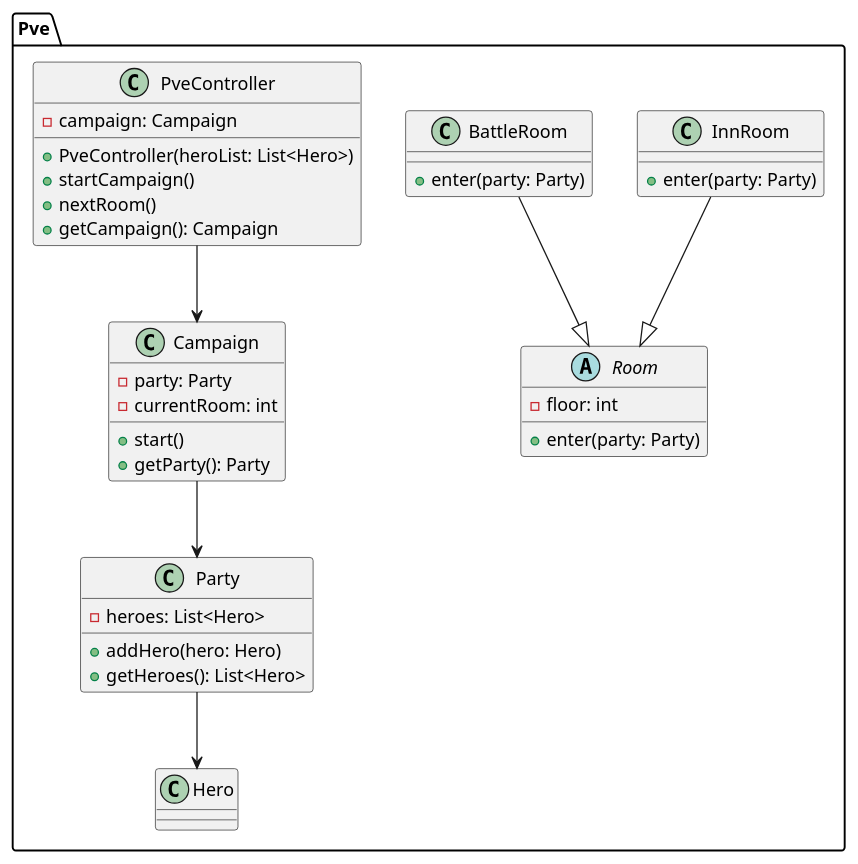
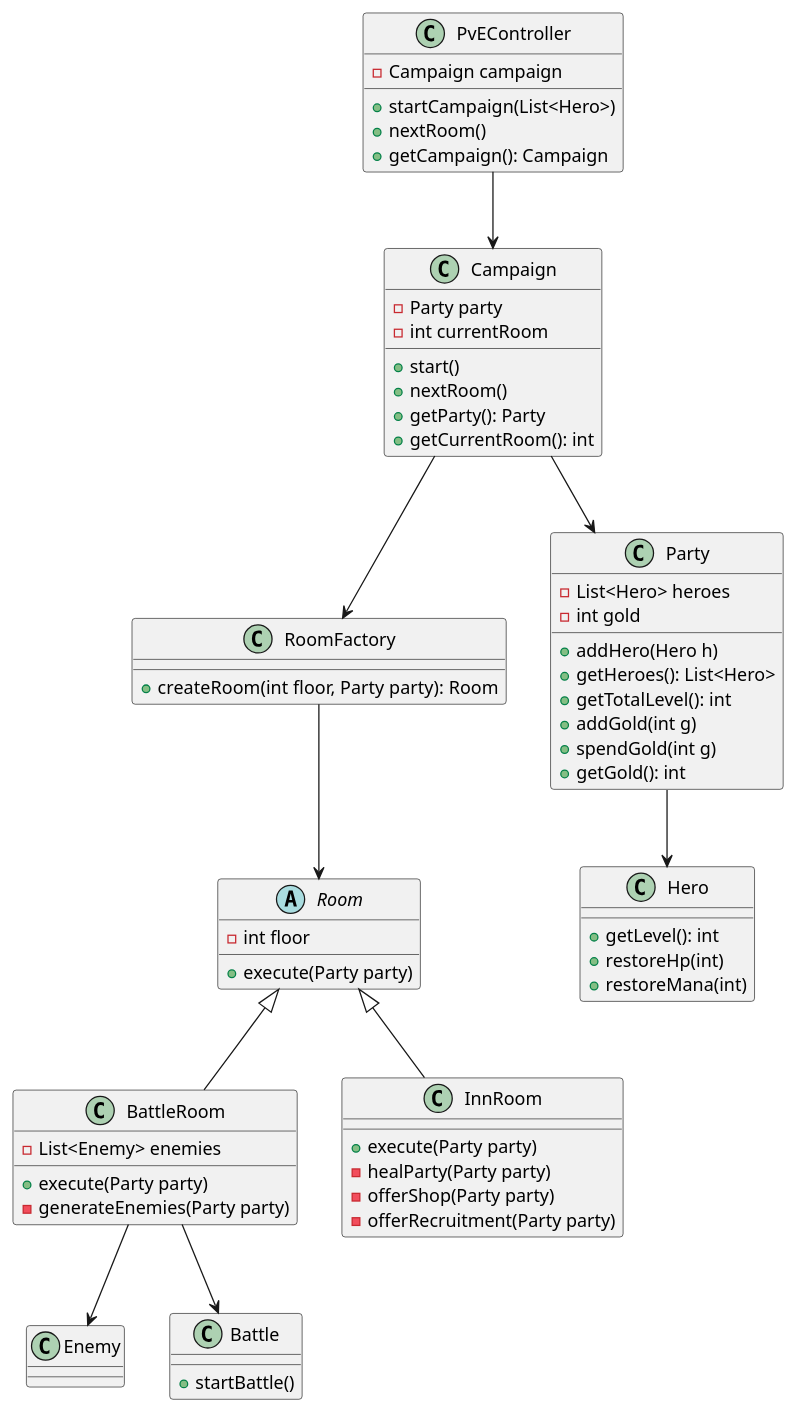
One commit to The-RealMojo/Legends-Of-Swords changed the diagram in src/Pve/Pve Uml.puml. Above: the diagram before and after it, drawn with PlantUML. The commit also changed 7 other files, not shown here.

Commit message:
final code with diagram

```diff
--- a/src/Pve/Pve Uml.puml
+++ b/src/Pve/Pve Uml.puml
@@ -1,47 +1,87 @@
 @startuml
-' PvE Classes - Deliverable 1
-package Pve {
 
-    class Party {
-        -heroes: List<Hero>
-        +addHero(hero: Hero)
-        +getHeroes(): List<Hero>
-    }
-
-    abstract class Room {
-        -floor: int
-        +enter(party: Party)
-    }
-
-    class InnRoom {
-        +enter(party: Party)
-    }
-
-    class BattleRoom {
-        +enter(party: Party)
-    }
-
-    class Campaign {
-        -party: Party
-        -currentRoom: int
-        +start()
-        +getParty(): Party
-    }
-
-    class PveController {
-        -campaign: Campaign
-        +PveController(heroList: List<Hero>)
-        +startCampaign()
-        +nextRoom()
-        +getCampaign(): Campaign
-    }
-
-    ' Relationships
-    Party --> Hero
-    InnRoom --|> Room
-    BattleRoom --|> Room
-    PveController --> Campaign
-    Campaign --> Party
+' =========================
+' PvE Controller Layer
+' =========================
+class PvEController {
+    - Campaign campaign
+    + startCampaign(List<Hero>)
+    + nextRoom()
+    + getCampaign(): Campaign
 }
 
+' =========================
+' Campaign Layer
+' =========================
+class Campaign {
+    - Party party
+    - int currentRoom
+    + start()
+    + nextRoom()
+    + getParty(): Party
+    + getCurrentRoom(): int
+}
+
+' =========================
+' Factory Pattern
+' =========================
+class RoomFactory {
+    + createRoom(int floor, Party party): Room
+}
+
+
+abstract class Room {
+    - int floor
+    + execute(Party party)
+}
+
+class BattleRoom {
+    - List<Enemy> enemies
+    + execute(Party party)
+    - generateEnemies(Party party)
+}
+
+class InnRoom {
+    + execute(Party party)
+    - healParty(Party party)
+    - offerShop(Party party)
+    - offerRecruitment(Party party)
+}
+
+Room <|-- BattleRoom
+Room <|-- InnRoom
+
+class Party {
+    - List<Hero> heroes
+    - int gold
+    + addHero(Hero h)
+    + getHeroes(): List<Hero>
+    + getTotalLevel(): int
+    + addGold(int g)
+    + spendGold(int g)
+    + getGold(): int
+}
+
+class Hero {
+    + getLevel(): int
+    + restoreHp(int)
+    + restoreMana(int)
+}
+
+class Enemy
+
+'
+class Battle {
+    + startBattle()
+}
+
+
+PvEController --> Campaign
+Campaign --> Party
+Campaign --> RoomFactory
+RoomFactory --> Room
+BattleRoom --> Battle
+BattleRoom --> Enemy
+Party --> Hero
+
 @enduml
```
